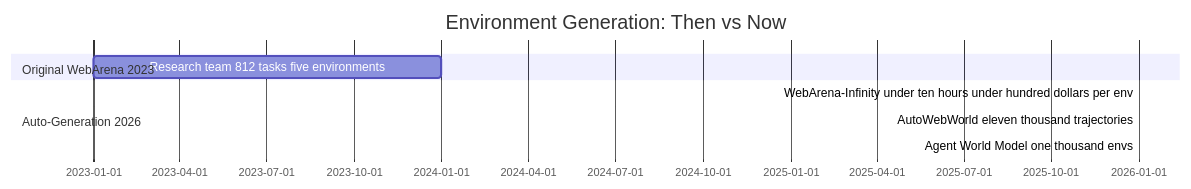
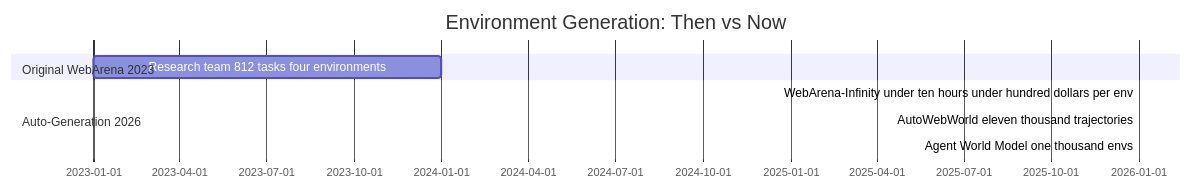
Before and after one commit to mfontenele/contentforge-blog: the first of 2 diagrams in content/posts/2026-04-07-agent-simulation-webarena-infinity-virtual-testing.md, drawn with Mermaid. The commit also changed other lines of this file, not shown here.

````diff
--- a/content/posts/2026-04-07-agent-simulation-webarena-infinity-virtual-testing.md
+++ b/content/posts/2026-04-07-agent-simulation-webarena-infinity-virtual-testing.md
@@ -47,11 +47,11 @@
 ```mermaid
 gantt
     title Environment Generation: Then vs Now
     dateFormat  YYYY
     section Original WebArena 2023
-    Research team 812 tasks five environments : 2023, 2024
+    Research team 812 tasks four environments : 2023, 2024
     section Auto-Generation 2026
     WebArena-Infinity under ten hours under hundred dollars per env : 2026, 2026
     AutoWebWorld eleven thousand trajectories : 2026, 2026
     Agent World Model one thousand envs : 2026, 2026
 ```
````
